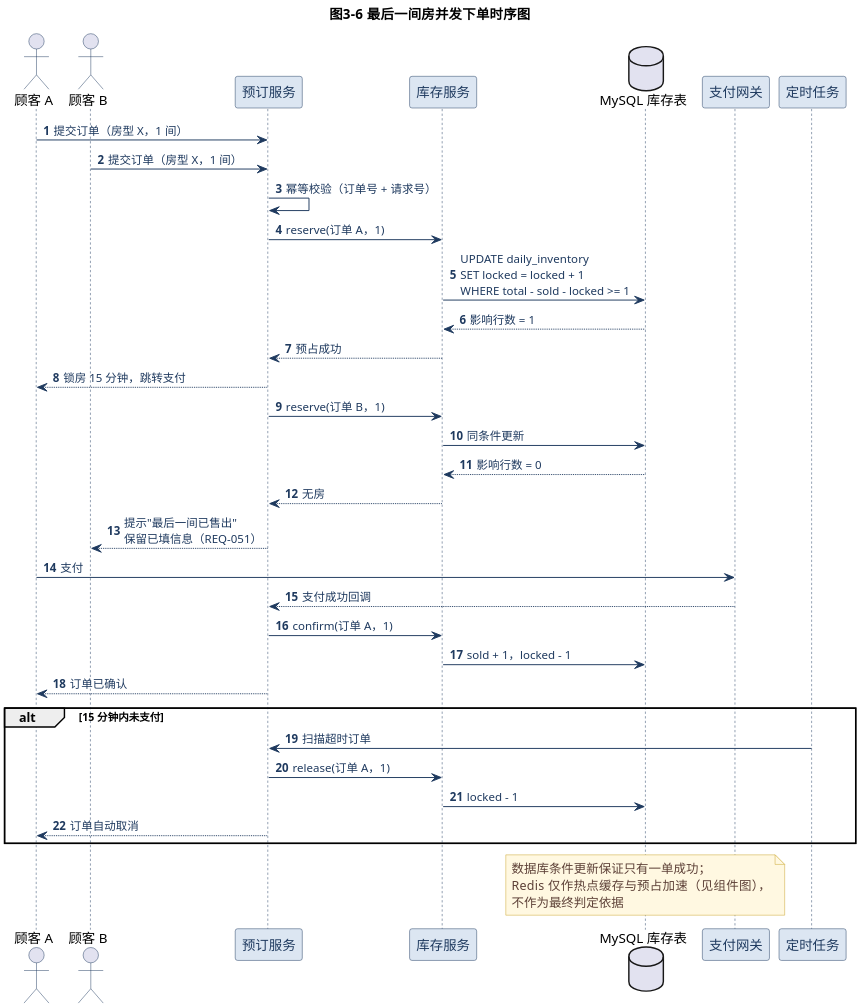
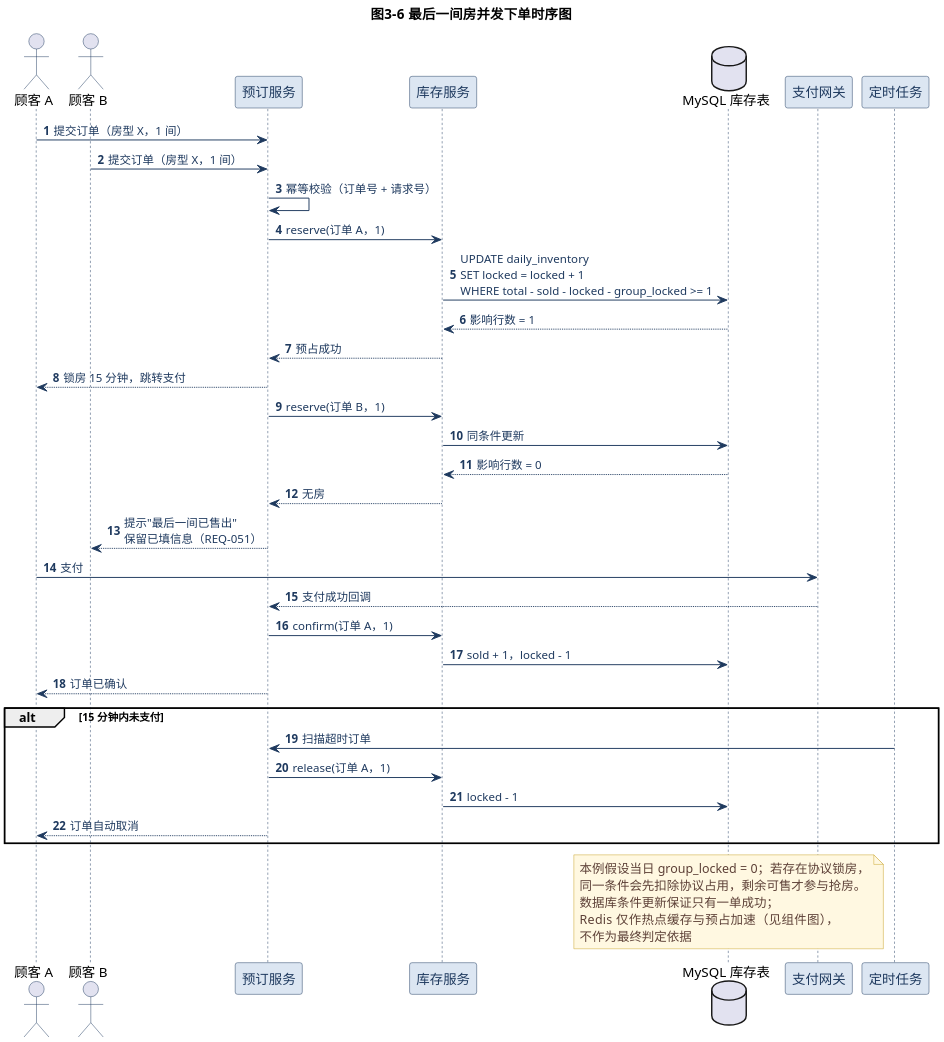
Before and after one commit to Ash-Klein/hotel-booking-system: the diagram in lab2/UML/UML时序图.puml, drawn with PlantUML. The commit also changed 12 other files, not shown here.

First line of the commit message:
fix(lab2): 统一协议锁房在各图中的口径（REQ-008）

```diff
--- a/lab2/UML/UML时序图.puml
+++ b/lab2/UML/UML时序图.puml
@@ -1,63 +1,65 @@
 @startuml UML时序图
 skinparam defaultFontName "Microsoft YaHei"
 skinparam dpi 200
 skinparam shadowing false
 skinparam backgroundColor #FFFFFF
 skinparam ArrowColor #1F3A5F
 skinparam ArrowFontColor #1F3A5F
 skinparam ArrowFontSize 12
 skinparam sequenceMessageAlign left
 skinparam sequenceParticipantBorderColor #1F3A5F
 skinparam sequenceParticipantBackgroundColor #DCE6F2
 skinparam sequenceParticipantFontColor #1F3A5F
 skinparam sequenceLifeLineBorderColor #1F3A5F
 skinparam actorBorderColor #1F3A5F
 skinparam noteBackgroundColor #FFF8E1
 skinparam noteBorderColor #C9A227
 skinparam noteFontColor #5D4037
 title 图3-6  最后一间房并发下单时序图
 autonumber
 
 actor "顾客 A" as A
 actor "顾客 B" as B
 participant "预订服务" as BOOK
 participant "库存服务" as INV
 database "MySQL 库存表" as DB
 participant "支付网关" as PAY
 participant "定时任务" as JOB
 
 A -> BOOK : 提交订单（房型 X，1 间）
 B -> BOOK : 提交订单（房型 X，1 间）
 BOOK -> BOOK : 幂等校验（订单号 + 请求号）
 BOOK -> INV : reserve(订单 A，1)
-INV -> DB : UPDATE daily_inventory\nSET locked = locked + 1\nWHERE total - sold - locked >= 1
+INV -> DB : UPDATE daily_inventory\nSET locked = locked + 1\nWHERE total - sold - locked - group_locked >= 1
 DB --> INV : 影响行数 = 1
 INV --> BOOK : 预占成功
 BOOK --> A : 锁房 15 分钟，跳转支付
 
 BOOK -> INV : reserve(订单 B，1)
 INV -> DB : 同条件更新
 DB --> INV : 影响行数 = 0
 INV --> BOOK : 无房
 BOOK --> B : 提示"最后一间已售出"\n保留已填信息（REQ-051）
 
 A -> PAY : 支付
 PAY --> BOOK : 支付成功回调
 BOOK -> INV : confirm(订单 A，1)
 INV -> DB : sold + 1，locked - 1
 BOOK --> A : 订单已确认
 
 alt 15 分钟内未支付
   JOB -> BOOK : 扫描超时订单
   BOOK -> INV : release(订单 A，1)
   INV -> DB : locked - 1
   BOOK --> A : 订单自动取消
 end
 
 note over DB
+  本例假设当日 group_locked = 0；若存在协议锁房，
+  同一条件会先扣除协议占用，剩余可售才参与抢房。
   数据库条件更新保证只有一单成功；
   Redis 仅作热点缓存与预占加速（见组件图），
   不作为最终判定依据
 end note
 
 @enduml
```
